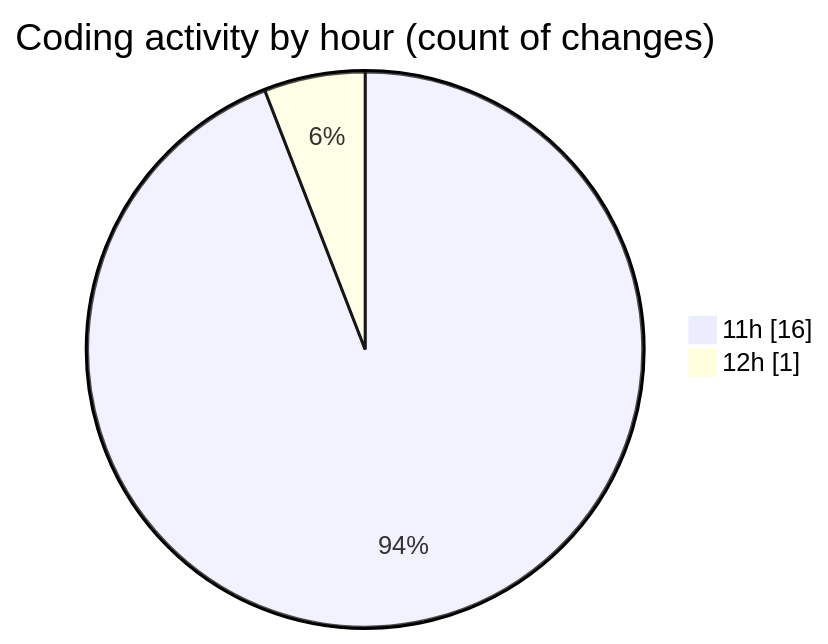
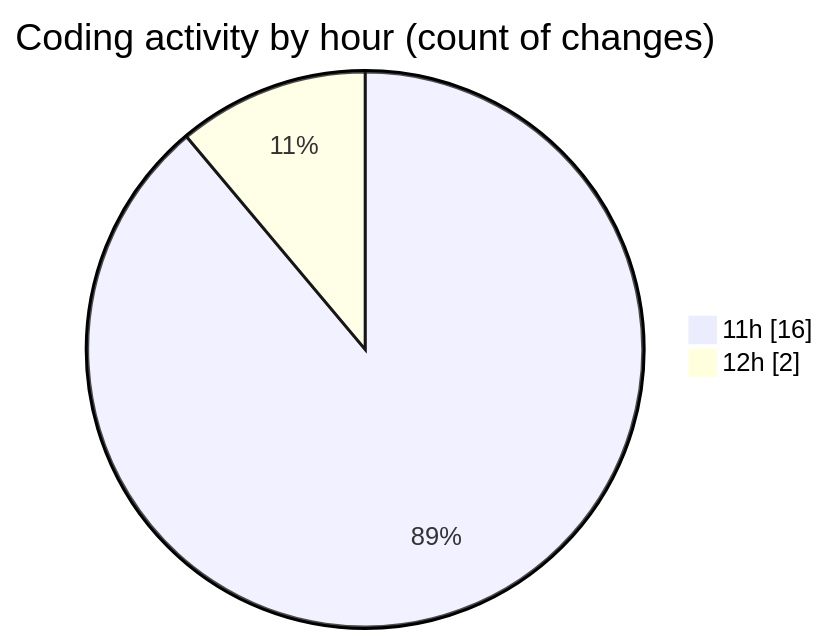
The second of 2 diagrams in 2026-03-31/nxtqube_webapp/README.md (nxtqubesakshisongat/code-tracking), drawn with Mermaid before and after one commit. The commit also changed other lines of this file and 1 other file, not shown here.

````diff
--- a/2026-03-31/nxtqube_webapp/README.md
+++ b/2026-03-31/nxtqube_webapp/README.md
@@ -30,6 +32,6 @@
 ```mermaid
 pie showData
 title Coding activity by hour (count of changes)
 "11h" : 16
-"12h" : 1
+"12h" : 2
 ```
````
